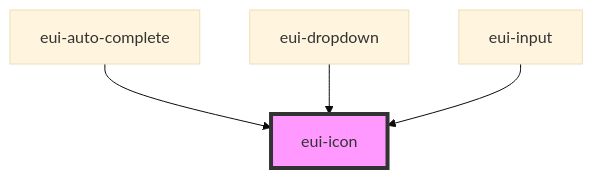
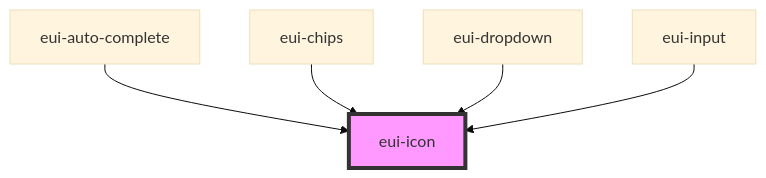
Before and after one commit to pnd-amirhosein/U_and_I: the diagram in ensemble-ui/src/components/icon/readme.md, drawn with Mermaid (base theme). The commit also changed other lines of this file and 14 other files, not shown here.

````diff
--- a/ensemble-ui/src/components/icon/readme.md
+++ b/ensemble-ui/src/components/icon/readme.md
@@ -25,7 +26,8 @@
 ```mermaid
 graph TD;
   eui-auto-complete --> eui-icon
+  eui-chips --> eui-icon
   eui-dropdown --> eui-icon
   eui-input --> eui-icon
   style eui-icon fill:#f9f,stroke:#333,stroke-width:4px
 ```
````
